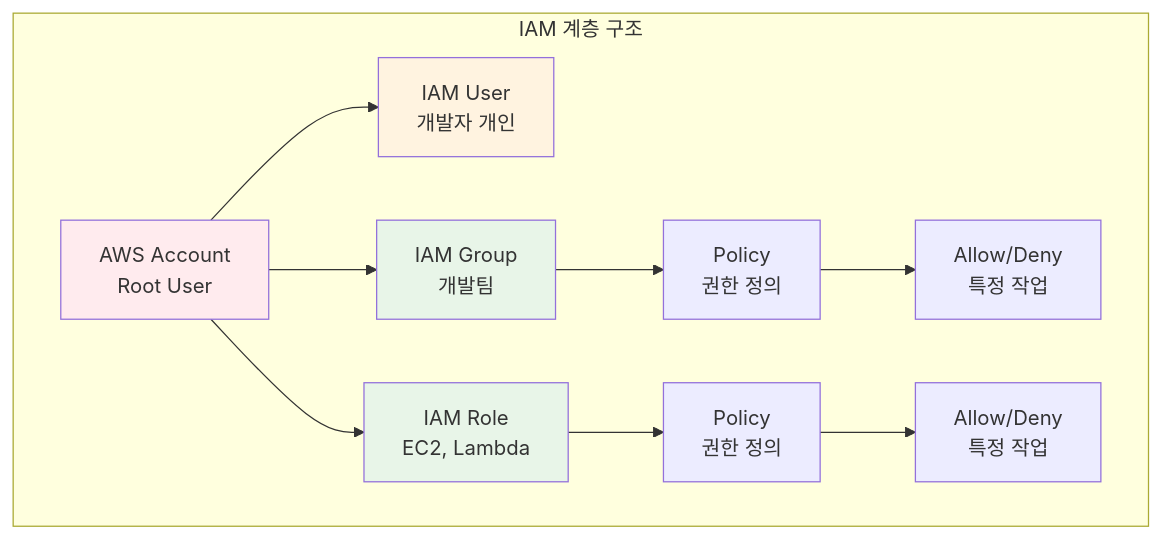
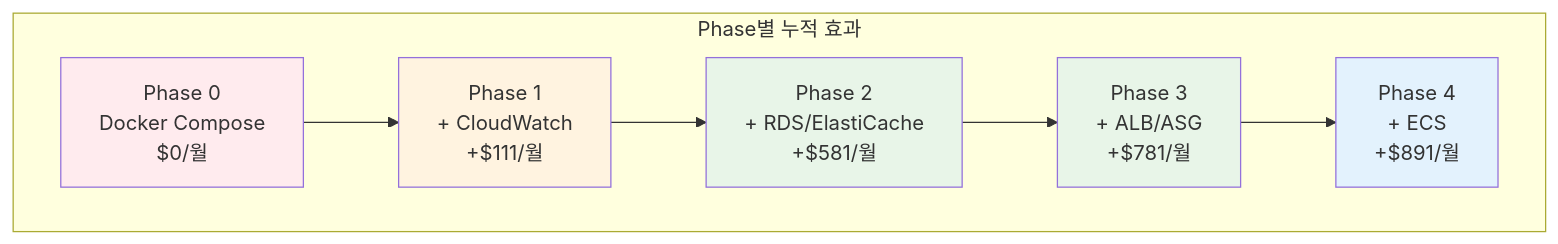
One commit to niceguy61/kdt_devops_lecture_2025 changed the fifth of 7 diagrams in theory/week_05/day5/session_4.md. Above: the diagram before and after it, drawn with Mermaid. The commit also changed other lines of this file, not shown here.

````diff
--- a/theory/week_05/day5/session_4.md
+++ b/theory/week_05/day5/session_4.md
@@ -981,20 +666,18 @@
 ```mermaid
 graph TB
-    subgraph "IAM 계층 구조"
-        A[AWS Account<br/>Root User]
-        A --> B1[IAM User<br/>개발자 개인]
-        A --> B2[IAM Group<br/>개발팀]
-        A --> B3[IAM Role<br/>EC2, Lambda]
-        
-        B2 --> C1[Policy<br/>권한 정의]
-        B3 --> C2[Policy<br/>권한 정의]
-        
-        C1 --> D1[Allow/Deny<br/>특정 작업]
-        C2 --> D2[Allow/Deny<br/>특정 작업]
+    subgraph "Phase별 누적 효과"
+        A[Phase 0<br/>Docker Compose<br/>$0/월]
+        B[Phase 1<br/>+ CloudWatch<br/>+$111/월]
+        C[Phase 2<br/>+ RDS/ElastiCache<br/>+$581/월]
+        D[Phase 3<br/>+ ALB/ASG<br/>+$781/월]
+        E[Phase 4<br/>+ ECS<br/>+$891/월]
     end
     
+    A --> B --> C --> D --> E
+    
     style A fill:#ffebee
-    style B1 fill:#fff3e0
-    style B2 fill:#e8f5e8
-    style B3 fill:#e8f5e8
+    style B fill:#fff3e0
+    style C fill:#e8f5e8
+    style D fill:#e8f5e8
+    style E fill:#e3f2fd
 ```
````
